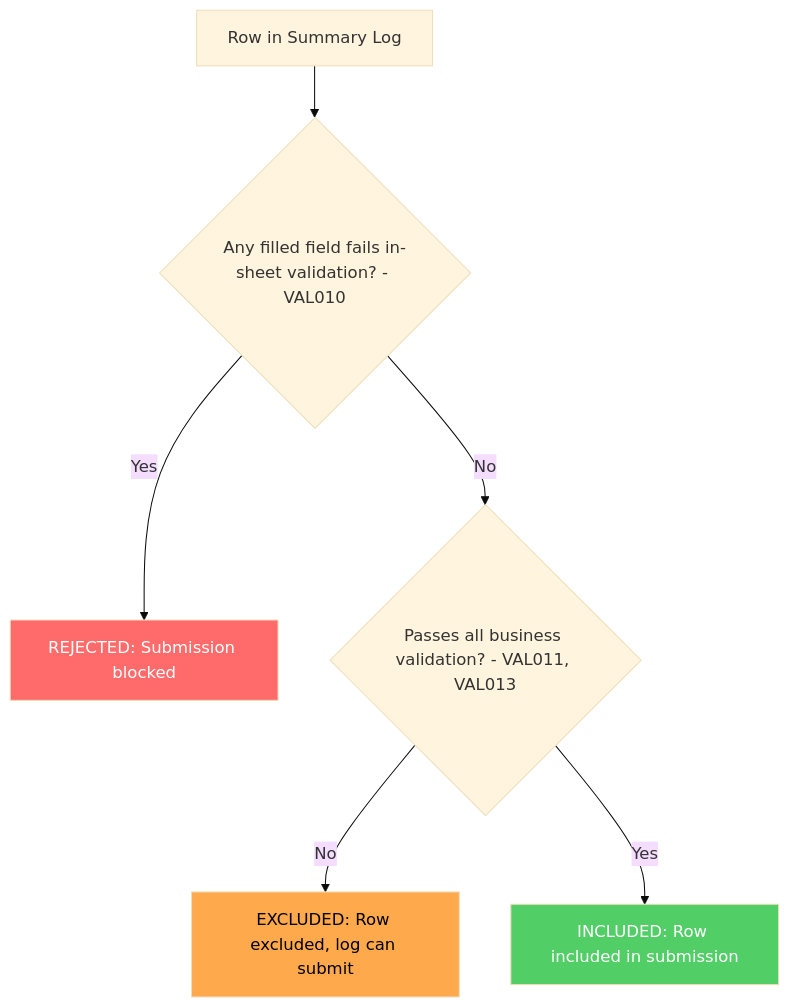
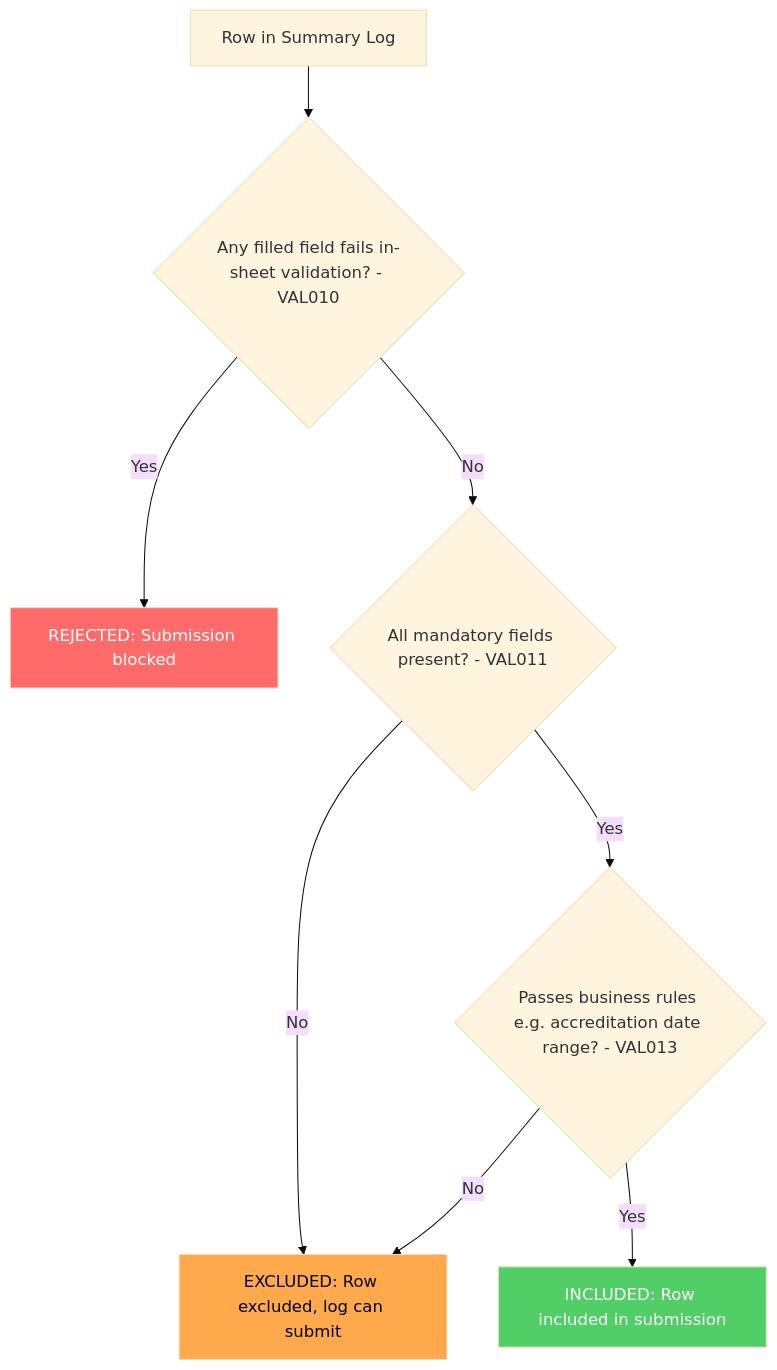
Before and after one commit to DEFRA/epr-re-ex-service: the diagram in docs/architecture/defined/summary-log-row-validation-classification.md, drawn with Mermaid (base theme).

Commit message:
docs: show VAL011 and VAL013 as separate decisions in flowchart

````diff
--- a/docs/architecture/defined/summary-log-row-validation-classification.md
+++ b/docs/architecture/defined/summary-log-row-validation-classification.md
@@ -57,14 +57,17 @@
 ```mermaid
 flowchart TD
     A[Row in Summary Log] --> B{Any filled field fails in-sheet validation? - VAL010}
 
     B -->|Yes| REJECTED["REJECTED: Submission blocked"]
-    B -->|No| C{Passes all business validation? - VAL011, VAL013}
+    B -->|No| C{All mandatory fields present? - VAL011}
 
     C -->|No| EXCLUDED["EXCLUDED: Row excluded, log can submit"]
-    C -->|Yes| INCLUDED["INCLUDED: Row included in submission"]
+    C -->|Yes| D{Passes business rules e.g. accreditation date range? - VAL013}
+
+    D -->|No| EXCLUDED
+    D -->|Yes| INCLUDED["INCLUDED: Row included in submission"]
 
     style REJECTED fill:#ff6b6b,color:#fff
     style EXCLUDED fill:#ffa94d,color:#000
     style INCLUDED fill:#51cf66,color:#fff
 ```
````
